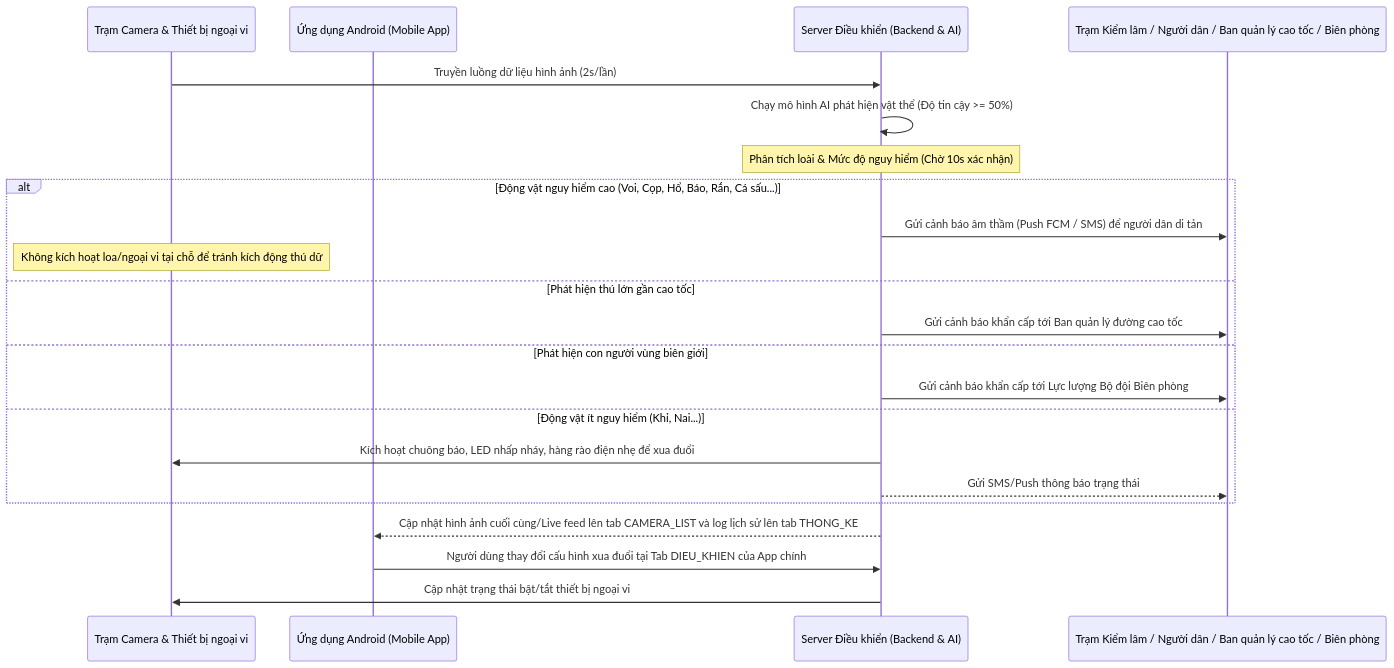
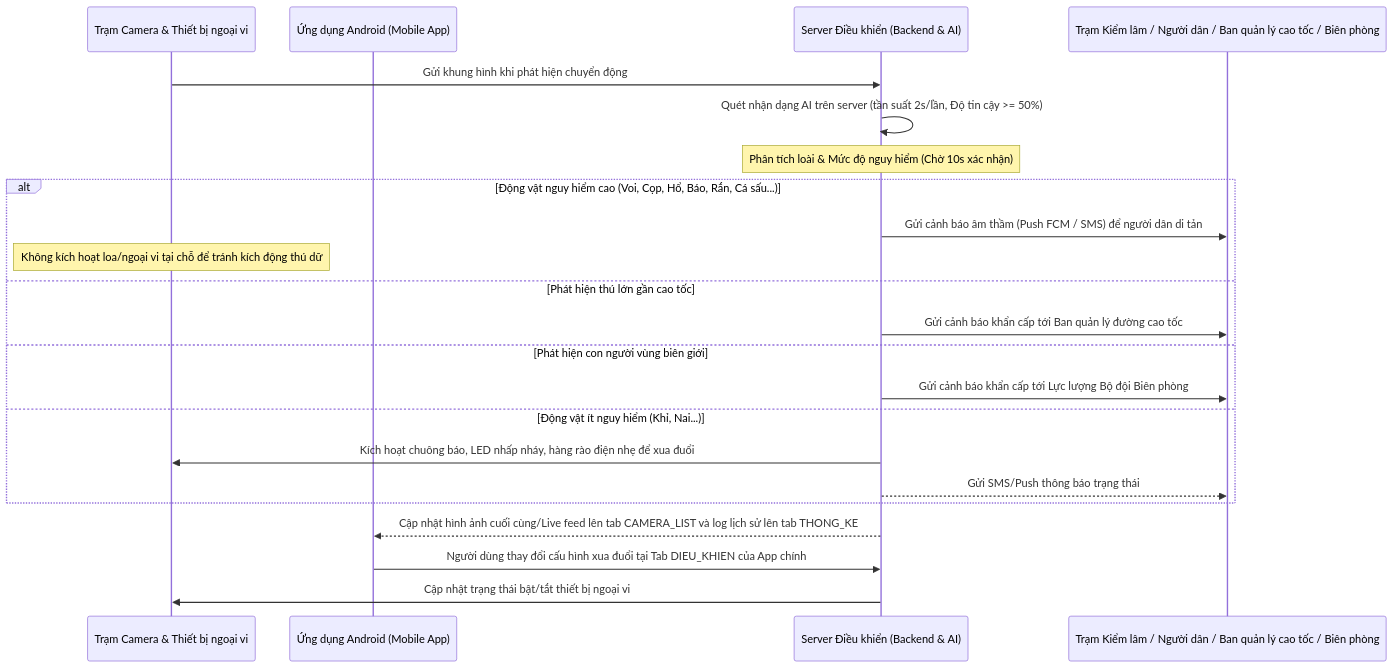
Before and after one commit to trungnguyenthien/Wildlife-Warning-and-Deterrence-System: the third of 3 diagrams in outputs/de-tai-nghien-cuu-canh-bao-dong-vat.md, drawn with Mermaid. The commit also changed other lines of this file, not shown here.

Commit message:
docs: update research project documentation for wildlife warning and deterrence system

````diff
--- a/outputs/de-tai-nghien-cuu-canh-bao-dong-vat.md
+++ b/outputs/de-tai-nghien-cuu-canh-bao-dong-vat.md
@@ -188,27 +188,27 @@
 ```mermaid
 sequenceDiagram
     participant Cam as Trạm Camera & Thiết bị ngoại vi
     participant App as Ứng dụng Android (Mobile App)
     participant Server as Server Điều khiển (Backend & AI)
     participant Ranger as Trạm Kiểm lâm / Người dân / Ban quản lý cao tốc / Biên phòng
 
-    Cam->>Server: Truyền luồng dữ liệu hình ảnh (2s/lần)
-    Server->>Server: Chạy mô hình AI phát hiện vật thể (Độ tin cậy >= 50%)
+    Cam->>Server: Gửi khung hình khi phát hiện chuyển động
+    Server->>Server: Quét nhận dạng AI trên server (tần suất 2s/lần, Độ tin cậy >= 50%)
     Note over Server: Phân tích loài & Mức độ nguy hiểm (Chờ 10s xác nhận)
 
     alt Động vật nguy hiểm cao (Voi, Cọp, Hổ, Báo, Rắn, Cá sấu...)
         Server->>Ranger: Gửi cảnh báo âm thầm (Push FCM / SMS) để người dân di tản
         Note over Cam: Không kích hoạt loa/ngoại vi tại chỗ để tránh kích động thú dữ
     else Phát hiện thú lớn gần cao tốc
         Server->>Ranger: Gửi cảnh báo khẩn cấp tới Ban quản lý đường cao tốc
     else Phát hiện con người vùng biên giới
         Server->>Ranger: Gửi cảnh báo khẩn cấp tới Lực lượng Bộ đội Biên phòng
     else Động vật ít nguy hiểm (Khỉ, Nai...)
         Server->>Cam: Kích hoạt chuông báo, LED nhấp nháy, hàng rào điện nhẹ để xua đuổi
         Server-->>Ranger: Gửi SMS/Push thông báo trạng thái
     end
 
     Server-->>App: Cập nhật hình ảnh cuối cùng/Live feed lên tab CAMERA_LIST và log lịch sử lên tab THONG_KE
     App->>Server: Người dùng thay đổi cấu hình xua đuổi tại Tab DIEU_KHIEN của App chính
     Server->>Cam: Cập nhật trạng thái bật/tắt thiết bị ngoại vi
 ```
````
